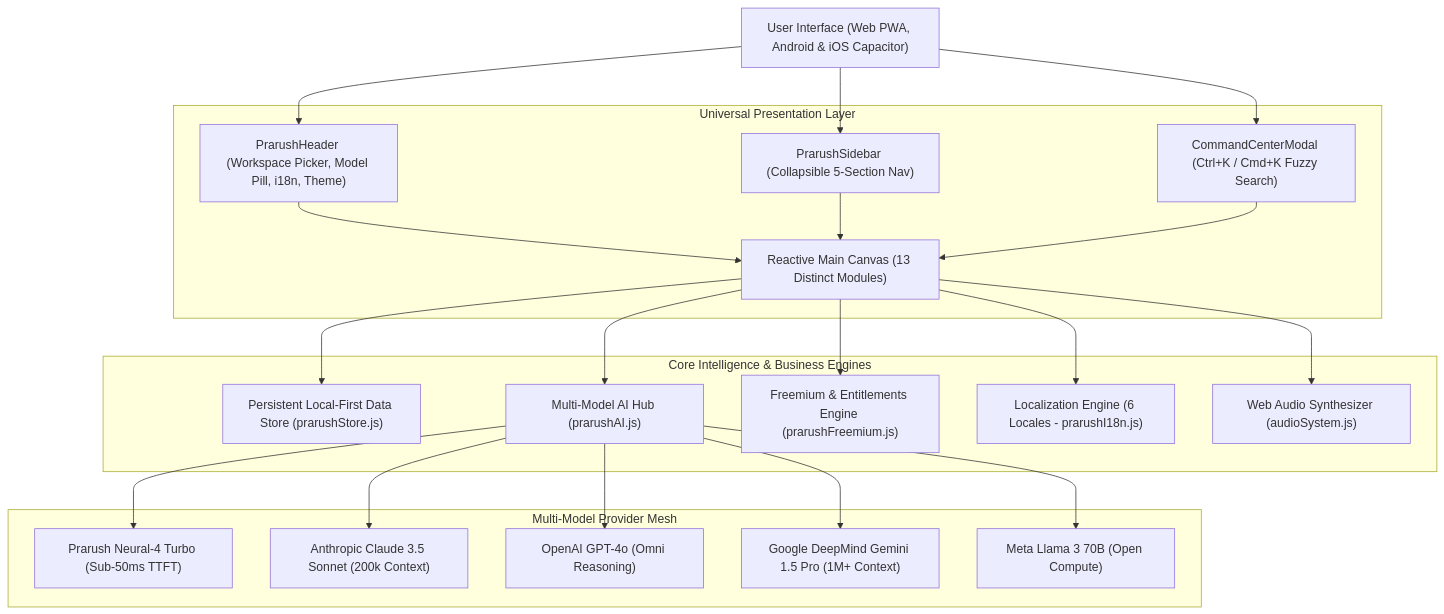
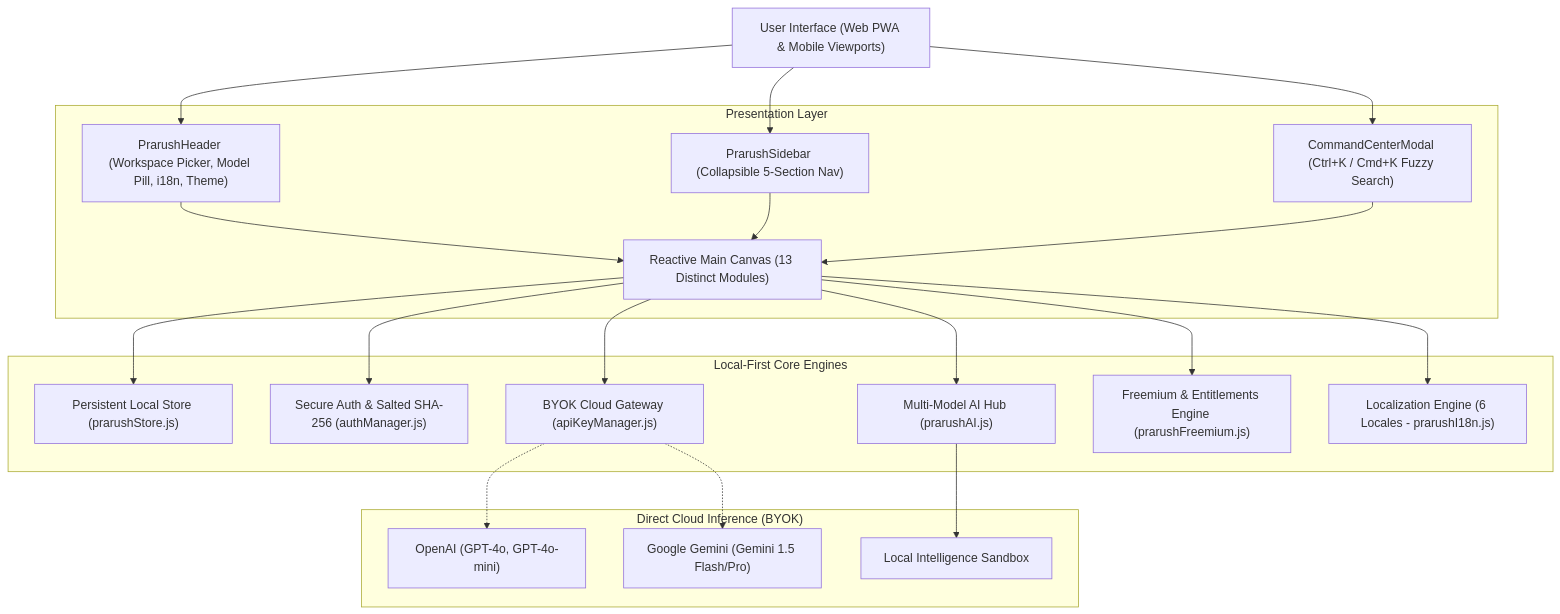
One commit to Pratham4908/Prarush changed the diagram in README.md. Above: the diagram before and after it, drawn with Mermaid. The commit also changed other lines of this file and 21 other files, not shown here.

````diff
--- a/README.md
+++ b/README.md
@@ -43,46 +57,44 @@
 ```mermaid
 graph TD
-    User["User Interface (Web PWA, Android & iOS Capacitor)"]
+    User["User Interface (Web PWA & Mobile Viewports)"]
 
-    subgraph Presentation ["Universal Presentation Layer"]
+    subgraph Presentation ["Presentation Layer"]
         Header["PrarushHeader (Workspace Picker, Model Pill, i18n, Theme)"]
         Sidebar["PrarushSidebar (Collapsible 5-Section Nav)"]
         CommandPalette["CommandCenterModal (Ctrl+K / Cmd+K Fuzzy Search)"]
         Canvas["Reactive Main Canvas (13 Distinct Modules)"]
     end
 
-    subgraph Engines ["Core Intelligence & Business Engines"]
-        Store["Persistent Local-First Data Store (prarushStore.js)"]
+    subgraph LocalEngines ["Local-First Core Engines"]
+        Store["Persistent Local Store (prarushStore.js)"]
+        Auth["Secure Auth & Salted SHA-256 (authManager.js)"]
+        BYOK["BYOK Cloud Gateway (apiKeyManager.js)"]
         AIHub["Multi-Model AI Hub (prarushAI.js)"]
         Freemium["Freemium & Entitlements Engine (prarushFreemium.js)"]
         i18n["Localization Engine (6 Locales - prarushI18n.js)"]
-        Audio["Web Audio Synthesizer (audioSystem.js)"]
     end
 
-    subgraph AIProviders ["Multi-Model Provider Mesh"]
-        Neural4["Prarush Neural-4 Turbo (Sub-50ms TTFT)"]
-        Claude["Anthropic Claude 3.5 Sonnet (200k Context)"]
-        GPT4o["OpenAI GPT-4o (Omni Reasoning)"]
-        Gemini["Google DeepMind Gemini 1.5 Pro (1M+ Context)"]
-        Llama["Meta Llama 3 70B (Open Compute)"]
+    subgraph Providers ["Direct Cloud Inference (BYOK)"]
+        OpenAI["OpenAI (GPT-4o, GPT-4o-mini)"]
+        Gemini["Google Gemini (Gemini 1.5 Flash/Pro)"]
+        LocalModel["Local Intelligence Sandbox"]
     end
 
     User --> Header
     User --> Sidebar
     User --> CommandPalette
     Header --> Canvas
     Sidebar --> Canvas
     CommandPalette --> Canvas
 
     Canvas --> Store
+    Canvas --> Auth
+    Canvas --> BYOK
     Canvas --> AIHub
     Canvas --> Freemium
     Canvas --> i18n
-    Canvas --> Audio
 
-    AIHub --> Neural4
-    AIHub --> Claude
-    AIHub --> GPT4o
-    AIHub --> Gemini
-    AIHub --> Llama
+    BYOK -.-> OpenAI
+    BYOK -.-> Gemini
+    AIHub --> LocalModel
 ```
````
